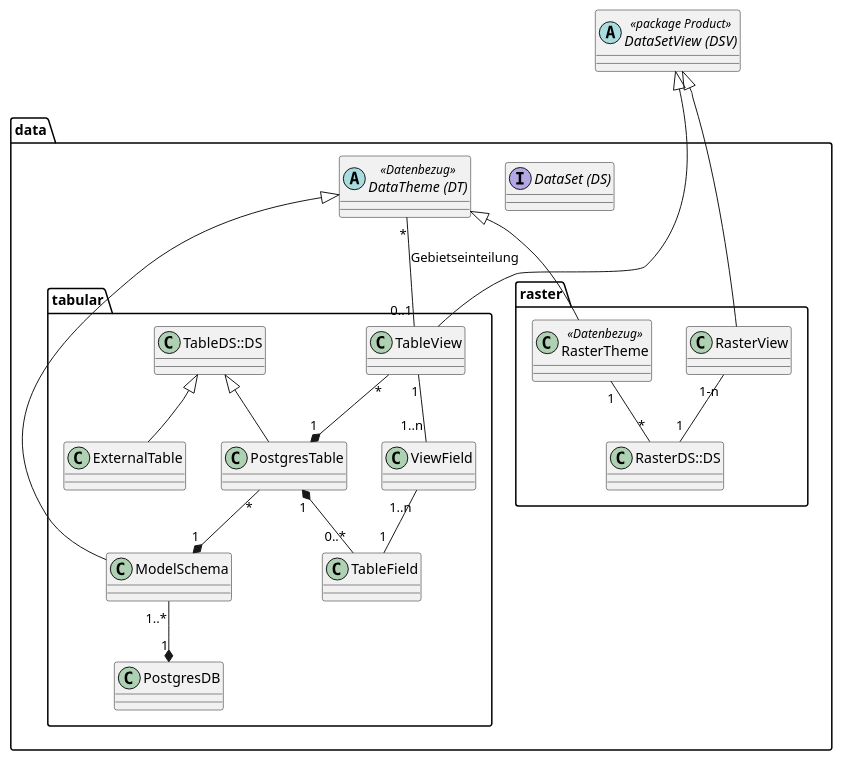
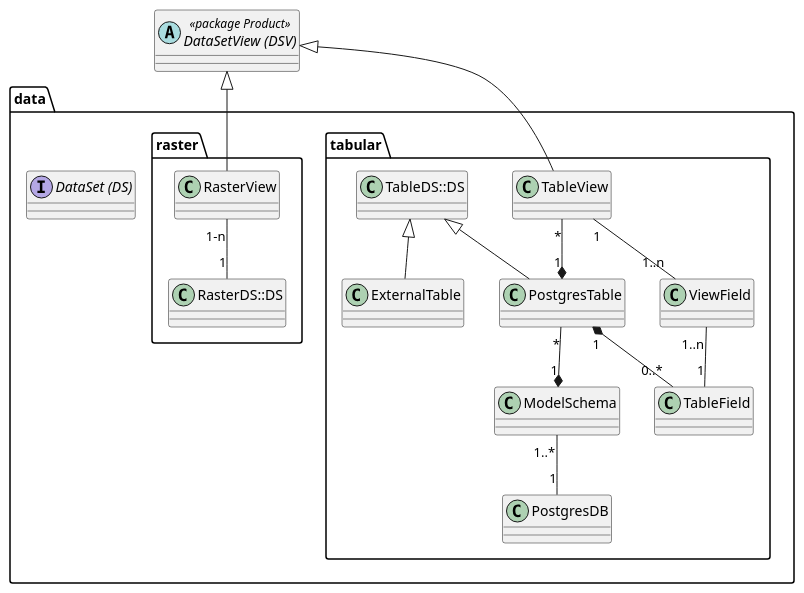
One commit to sogis/simi changed the diagram in code/doc/puml/src/data.puml. Above: the diagram before and after it, drawn with PlantUML. The commit also changed 4 other files, not shown here.

```diff
--- a/code/doc/puml/src/data.puml
+++ b/code/doc/puml/src/data.puml
@@ -1,51 +1,44 @@
 @startuml
 abstract class "DataSetView (DSV)" as dsv << package Product >>
 
 package data {
 
     interface "DataSet (DS)" as ds
-    abstract class "DataTheme (DT)" as dt << Datenbezug >>
 
     package tabular {
         class "TableView" as tv
         class "TableDS::DS" as tds
         class "PostgresTable" as pt
         class "ExternalTable" as et
         class "PostgresDB" as pdb
         class "TableField" as tf
         class "ViewField" as vf
         class "ModelSchema" as ms
 
         tds <|-- pt
         tds <|-- et
 
         tv "*" --* "1" pt
 
         pt "*" --* "1" ms
         pt "1" *-- "0..*" tf
 
         tv "1" -- "1..n" vf
         vf "1..n" -- "1" tf
 
-        ms "1..*" --* "1" pdb
+        ms "1..*" -- "1" pdb
     }
 
     package "raster"{
-        class "RasterTheme" as rt << Datenbezug >>
         class "RasterView" as rv
         class "RasterDS::DS" as rds
 
-        rt "1" -- "*" rds
         rv "1-n" -- "1" rds
     }
-    dt "*" -- "0..1" tv : Gebietseinteilung
-
-    dt <|-- ms
-    dt <|-- rt
 
     dsv <|-- tv
     dsv <|-- rv
 
     dsv -[hidden]-> ds
 }
 @enduml
```
